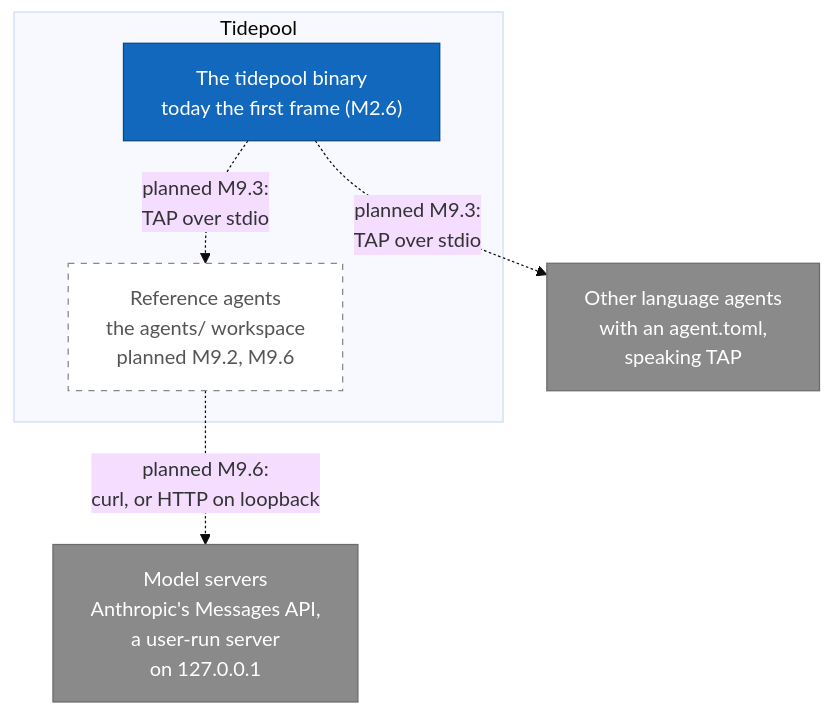
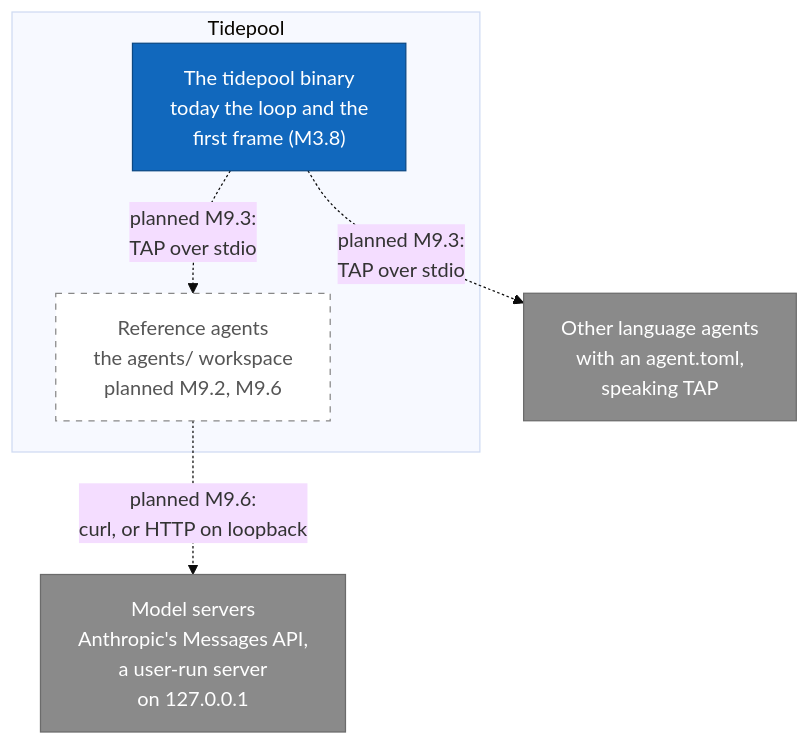
Before and after one commit to jabbott-iii/Tidepool: the third of 17 diagrams in diagrams/c4-architecture.md, drawn with Mermaid (base theme). The commit also changed other lines of this file and 27 other files, not shown here.

````diff
--- a/diagrams/c4-architecture.md
+++ b/diagrams/c4-architecture.md
@@ -154,20 +156,20 @@
 ```mermaid
 flowchart TB
     subgraph b_tidepool["Tidepool"]
-        c_app["The tidepool binary<br/>today the first frame (M2.6)"]
+        c_app["The tidepool binary<br/>today the loop and the<br/>first frame (M3.8)"]
         c_agents["Reference agents<br/>the agents/ workspace<br/>planned M9.2, M9.6"]
     end
     e_agents["Other language agents<br/>with an agent.toml,<br/>speaking TAP"]
     e_models["Model servers<br/>Anthropic's Messages API,<br/>a user-run server<br/>on 127.0.0.1"]
 
     c_app -.->|"planned M9.3:<br/>TAP over stdio"| c_agents
     c_app -.->|"planned M9.3:<br/>TAP over stdio"| e_agents
     c_agents -.->|"planned M9.6:<br/>curl, or HTTP on loopback"| e_models
 
     classDef built fill:#1168bd,stroke:#0b4884,color:#ffffff
     classDef external fill:#8a8a8a,stroke:#6b6b6b,color:#ffffff
     classDef planned fill:#ffffff,stroke:#888888,stroke-dasharray: 5 5,color:#555555
     class c_app built
     class c_agents planned
     class e_agents,e_models external
 ```
````
